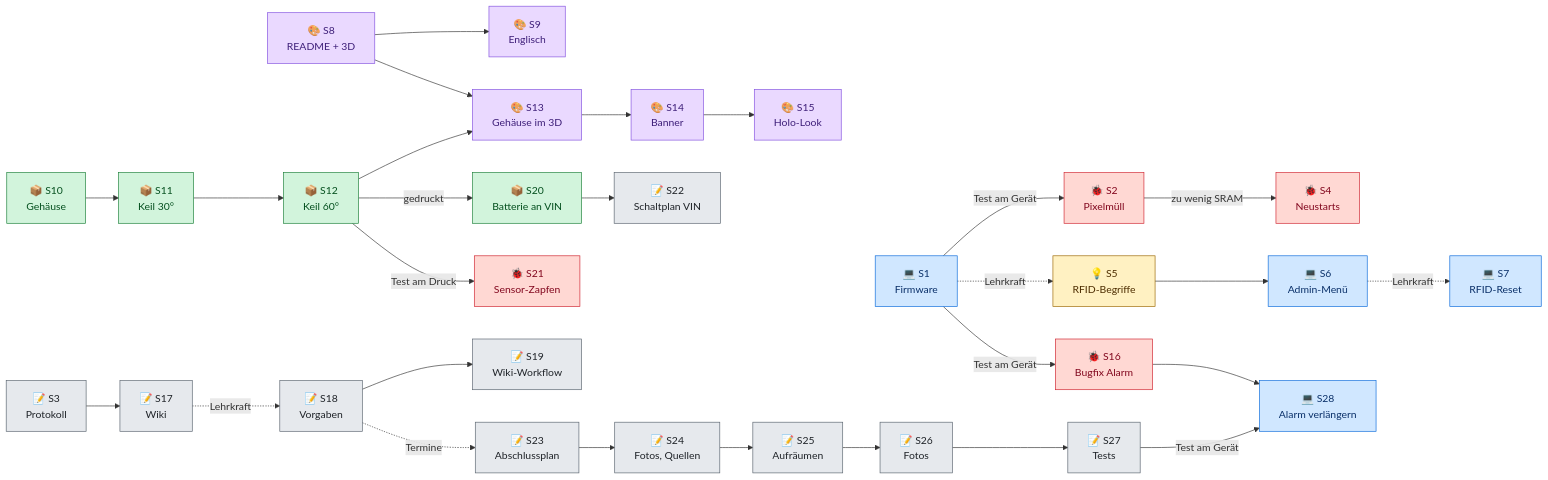
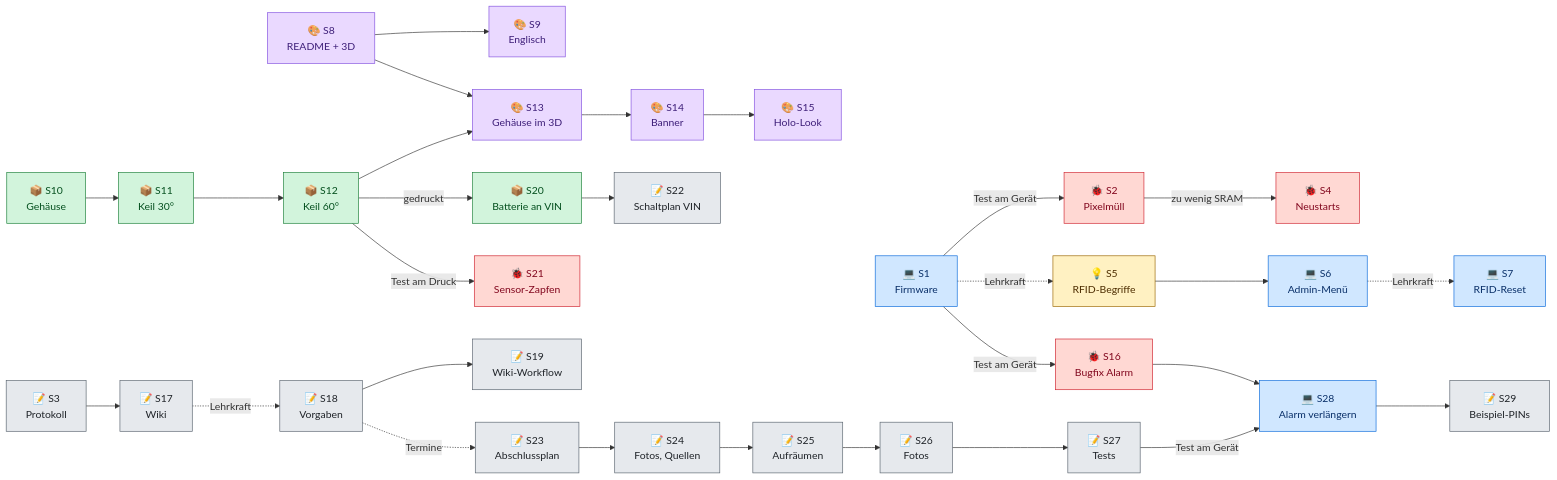
Before and after one commit to BBZ-AIFS51/LF7-Projekt_GAS: the second of 3 diagrams in wiki/Entwicklungsverlauf.md, drawn with Mermaid. The commit also changed other lines of this file and 9 other files, not shown here.

````diff
--- a/wiki/Entwicklungsverlauf.md
+++ b/wiki/Entwicklungsverlauf.md
@@ -67,63 +68,64 @@
 ```mermaid
 flowchart LR
     P1["💻 S1<br/>Firmware"]
     P2["🐞 S2<br/>Pixelmüll"]
     P3["📝 S3<br/>Protokoll"]
     P4["🐞 S4<br/>Neustarts"]
     P5["💡 S5<br/>RFID-Begriffe"]
     P6["💻 S6<br/>Admin-Menü"]
     P7["💻 S7<br/>RFID-Reset"]
     P8["🎨 S8<br/>README + 3D"]
     P9["🎨 S9<br/>Englisch"]
     P10["📦 S10<br/>Gehäuse"]
     P11["📦 S11<br/>Keil 30°"]
     P12["📦 S12<br/>Keil 60°"]
     P13["🎨 S13<br/>Gehäuse im 3D"]
     P14["🎨 S14<br/>Banner"]
     P15["🎨 S15<br/>Holo-Look"]
     P16["🐞 S16<br/>Bugfix Alarm"]
     P17["📝 S17<br/>Wiki"]
     P18["📝 S18<br/>Vorgaben"]
     P19["📝 S19<br/>Wiki-Workflow"]
     P20["📦 S20<br/>Batterie an VIN"]
     P21["🐞 S21<br/>Sensor-Zapfen"]
     P22["📝 S22<br/>Schaltplan VIN"]
     P23["📝 S23<br/>Abschlussplan"]
     P24["📝 S24<br/>Fotos, Quellen"]
     P25["📝 S25<br/>Aufräumen"]
     P26["📝 S26<br/>Fotos"]
     P27["📝 S27<br/>Tests"]
     P28["💻 S28<br/>Alarm verlängern"]
+    P29["📝 S29<br/>Beispiel-PINs"]
 
     P1 -- "Test am Gerät" --> P2 -- "zu wenig SRAM" --> P4
     P1 -. "Lehrkraft" .-> P5 --> P6
     P6 -. "Lehrkraft" .-> P7
     P1 -- "Test am Gerät" --> P16
     P8 --> P9
     P8 --> P13
     P10 --> P11 --> P12 --> P13
     P12 -- "gedruckt" --> P20
     P12 -- "Test am Druck" --> P21
     P20 --> P22
     P13 --> P14 --> P15
     P3 --> P17
     P17 -. "Lehrkraft" .-> P18
     P18 --> P19
     P18 -. "Termine" .-> P23
     P23 --> P24 --> P25 --> P26 --> P27
     P16 --> P28
-    P27 -- "Test am Gerät" --> P28
+    P27 -- "Test am Gerät" --> P28 --> P29
 
     classDef fw fill:#d0e7ff,stroke:#0969da,color:#0a3069
     classDef bug fill:#ffd8d3,stroke:#cf222e,color:#82071e
     classDef info fill:#fff1c2,stroke:#9a6700,color:#4d2d00
     classDef vis fill:#ead9ff,stroke:#8250df,color:#3e1f79
     classDef box fill:#d2f4dc,stroke:#1a7f37,color:#044f1e
     classDef doc fill:#e6e9ed,stroke:#59636e,color:#1f2328
     class P1,P6,P7,P28 fw
     class P2,P4,P16,P21 bug
     class P5 info
     class P8,P9,P13,P14,P15 vis
     class P10,P11,P12,P20 box
-    class P3,P17,P18,P19,P22,P23,P24,P25,P26,P27 doc
+    class P3,P17,P18,P19,P22,P23,P24,P25,P26,P27,P29 doc
 ```
````
